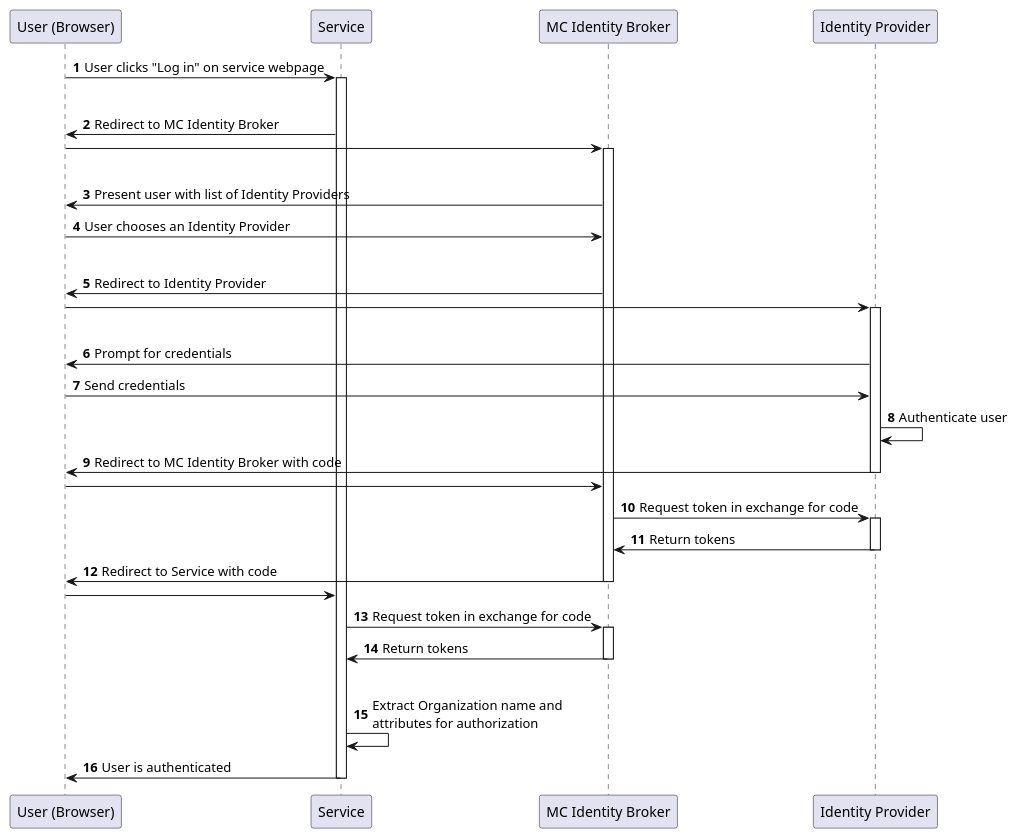
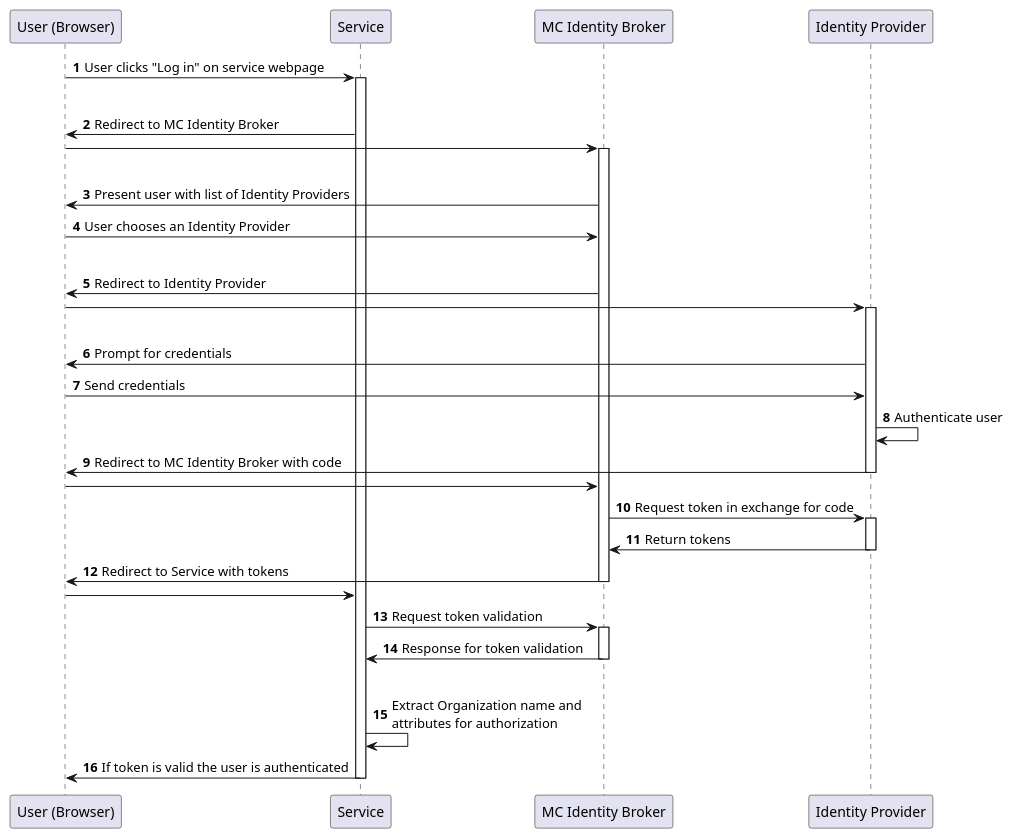
One commit to MaritimeCloud/developers.maritimecloud.net changed the first of 2 diagrams in identity/adoc/04OpenIDConnect.adoc. Above: the diagram before and after it, drawn with PlantUML. The commit also changed 1 other file, not shown here.

Commit message:
update MIR documentation

```diff
--- a/identity/adoc/04OpenIDConnect.adoc
+++ b/identity/adoc/04OpenIDConnect.adoc
@@ -44,52 +44,52 @@
 [plantuml, title="Authentication flow"]
 ....
 autonumber
 "User (Browser)" -> Service: User clicks "Log in" on service webpage
 activate Service
 |||
 Service -> "User (Browser)": Redirect to MC Identity Broker
 autonumber stop
 "User (Browser)" -> "MC Identity Broker"
 activate "MC Identity Broker"
 |||
 autonumber resume
 "MC Identity Broker" -> "User (Browser)": Present user with list of Identity Providers
 "User (Browser)" -> "MC Identity Broker": User chooses an Identity Provider
 |||
 "MC Identity Broker" -> "User (Browser)": Redirect to Identity Provider
 autonumber stop
 "User (Browser)" -> "Identity Provider"
 activate "Identity Provider"
 |||
 autonumber resume
 "Identity Provider" -> "User (Browser)": Prompt for credentials
 "User (Browser)" -> "Identity Provider": Send credentials
 
 "Identity Provider" -> "Identity Provider": Authenticate user
 
 "Identity Provider" -> "User (Browser)": Redirect to MC Identity Broker with code
 deactivate "Identity Provider"
 autonumber stop
 "User (Browser)" -> "MC Identity Broker"
 
 autonumber resume
 "MC Identity Broker" -> "Identity Provider": Request token in exchange for code
 activate "Identity Provider"
 "Identity Provider" -> "MC Identity Broker": Return tokens
 deactivate "Identity Provider"
 
-"MC Identity Broker" -> "User (Browser)": Redirect to Service with code
+"MC Identity Broker" -> "User (Browser)": Redirect to Service with tokens
 deactivate "MC Identity Broker"
 autonumber stop
 "User (Browser)" -> Service
 
 autonumber resume
-Service -> "MC Identity Broker": Request token in exchange for code
+Service -> "MC Identity Broker": Request token validation
 activate "MC Identity Broker"
-"MC Identity Broker" -> Service: Return tokens
+"MC Identity Broker" -> Service: Response for token validation
 deactivate "MC Identity Broker"
 |||
 Service -> Service: Extract Organization name and\nattributes for authorization
-Service -> "User (Browser)": User is authenticated
+Service -> "User (Browser)": If token is valid the user is authenticated
 deactivate Service
 ....
```
